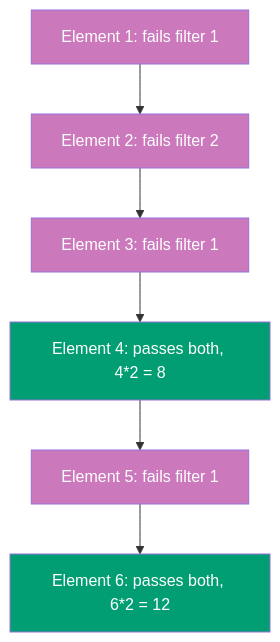
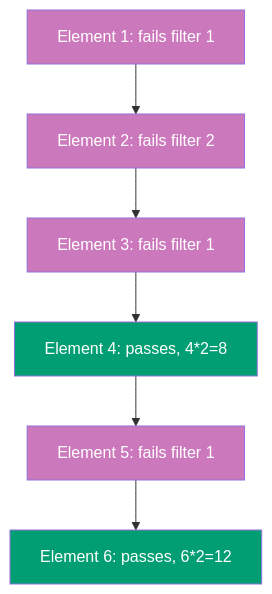
One commit to wahidyankf/baseerah changed diagram 22 of 24 in apps/ayokoding-www/content/en/learn/software-engineering/programming-languages/elixir/by-example/advanced.md. Above: the diagram before and after it, drawn with Mermaid. The commit also changed other lines of this file and 88 other files, not shown here.

First line of the commit message:
fix(ayokoding-www): resolve pre-existing Mermaid violations, exclude fixtures/plans-done

````diff
--- a/apps/ayokoding-www/content/en/learn/software-engineering/programming-languages/elixir/by-example/advanced.md
+++ b/apps/ayokoding-www/content/en/learn/software-engineering/programming-languages/elixir/by-example/advanced.md
@@ -3921,15 +3921,15 @@
 ```mermaid
 graph TD
     G1["Element 1: fails filter 1"] --> G2["Element 2: fails filter 2"]
     G2 --> G3["Element 3: fails filter 1"]
-    G3 --> G4["Element 4: passes both, 4*2 = 8"]
+    G3 --> G4["Element 4: passes, 4*2=8"]
     G4 --> G5["Element 5: fails filter 1"]
-    G5 --> G6["Element 6: passes both, 6*2 = 12"]
+    G5 --> G6["Element 6: passes, 6*2=12"]
 
     style G1 fill:#CC78BC,color:#fff
     style G2 fill:#CC78BC,color:#fff
     style G3 fill:#CC78BC,color:#fff
     style G4 fill:#029E73,color:#fff
     style G5 fill:#CC78BC,color:#fff
     style G6 fill:#029E73,color:#fff
 ```
````
